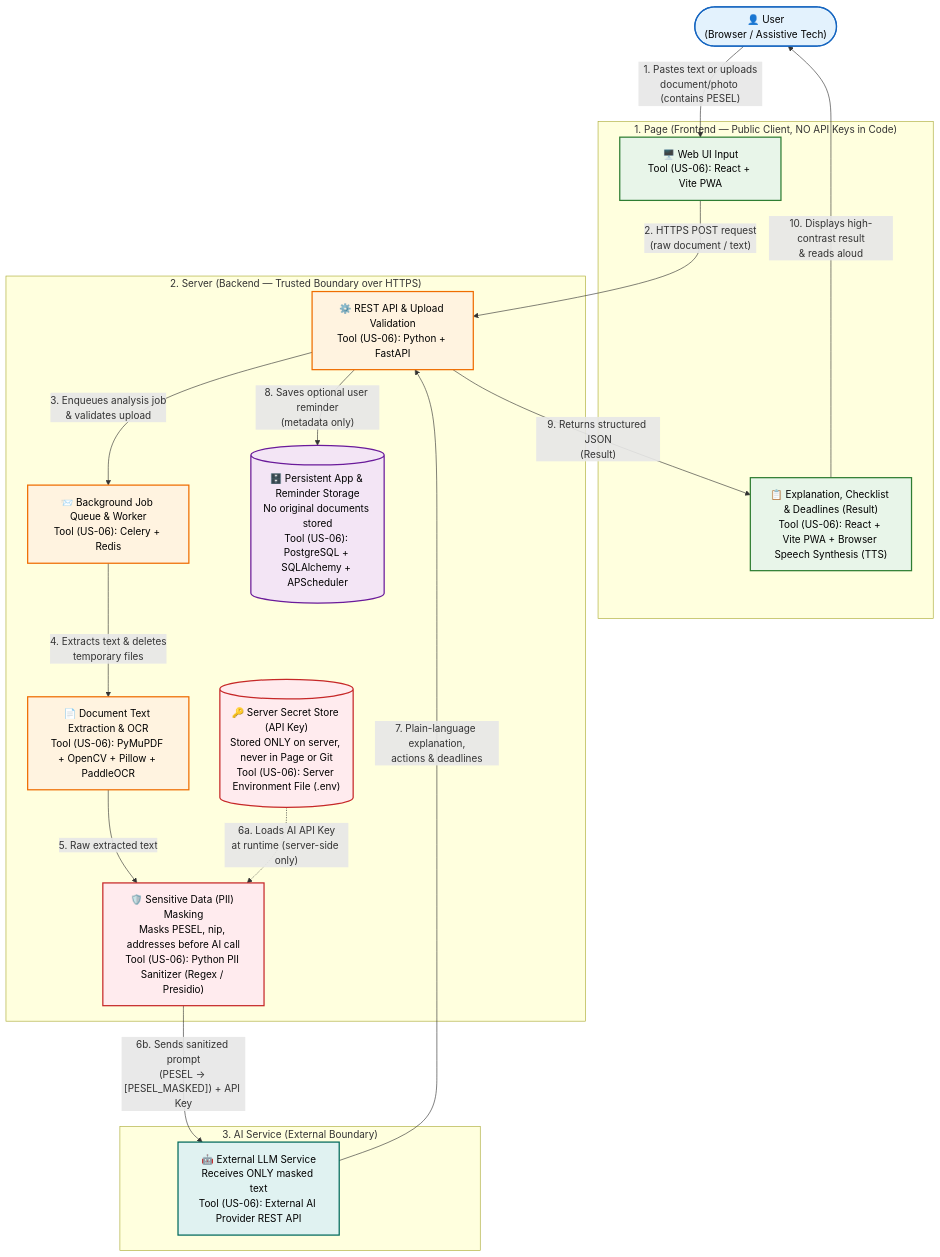
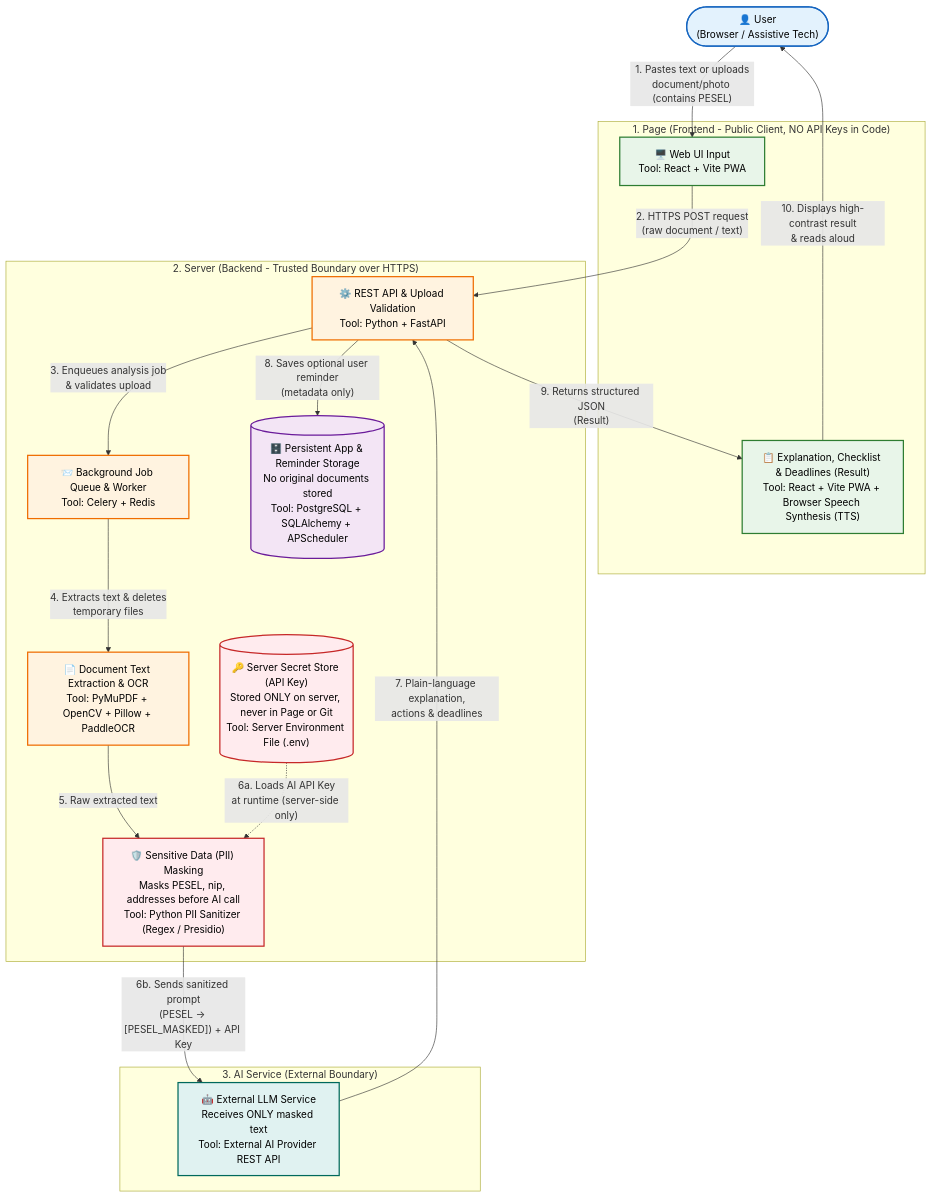
One commit to Wojtke7/metodyki_projektow_cbz changed the diagram in docs/architecture-plan.md. Above: the diagram before and after it, drawn with Mermaid. The commit also changed other lines of this file, not shown here.

Commit message:
Refine architecture plan formatting and details

````diff
--- a/docs/architecture-plan.md
+++ b/docs/architecture-plan.md
@@ -9,47 +9,47 @@
 ```mermaid
 flowchart TB
     %% Styling
     classDef userNode fill:#e3f2fd,stroke:#1565c0,stroke-width:2px,color:#000
     classDef pageNode fill:#e8f5e9,stroke:#2e7d32,stroke-width:2px,color:#000
     classDef serverNode fill:#fff3e0,stroke:#ef6c00,stroke-width:2px,color:#000
     classDef secNode fill:#ffebee,stroke:#c62828,stroke-width:2px,color:#000
     classDef dbNode fill:#f3e5f5,stroke:#6a1b9a,stroke-width:2px,color:#000
     classDef aiNode fill:#e0f2f1,stroke:#00695c,stroke-width:2px,color:#000
 
     %% 1. USER
     User(["👤 User<br/>(Browser / Assistive Tech)"]):::userNode
 
     %% 2. PAGE (FRONTEND)
-    subgraph Page ["1. Page (Frontend — Public Client, NO API Keys in Code)"]
-        PWA["🖥️ Web UI Input<br/>Tool (US-06): React + Vite PWA"]:::pageNode
-        ResultUI["📋 Explanation, Checklist & Deadlines (Result)<br/>Tool (US-06): React + Vite PWA + Browser Speech Synthesis (TTS)"]:::pageNode
+    subgraph Page ["1. Page (Frontend - Public Client, NO API Keys in Code)"]
+        PWA["🖥️ Web UI Input<br/>Tool: React + Vite PWA"]:::pageNode
+        ResultUI["📋 Explanation, Checklist & Deadlines (Result)<br/>Tool: React + Vite PWA + Browser Speech Synthesis (TTS)"]:::pageNode
     end
 
     %% 3. SERVER (BACKEND)
-    subgraph Server ["2. Server (Backend — Trusted Boundary over HTTPS)"]
-        API["⚙️ REST API & Upload Validation<br/>Tool (US-06): Python + FastAPI"]:::serverNode
-        Queue["📨 Background Job Queue & Worker<br/>Tool (US-06): Celery + Redis"]:::serverNode
-        Extraction["📄 Document Text Extraction & OCR<br/>Tool (US-06): PyMuPDF + OpenCV + Pillow + PaddleOCR"]:::serverNode
-        Masking["🛡️ Sensitive Data (PII) Masking<br/>Masks PESEL, nip, addresses before AI call<br/>Tool (US-06): Python PII Sanitizer (Regex / Presidio)"]:::secNode
-        EnvSecrets[("🔑 Server Secret Store (API Key)<br/>Stored ONLY on server, never in Page or Git<br/>Tool (US-06): Server Environment File (.env)")]:::secNode
-        DB[("🗄️ Persistent App & Reminder Storage<br/>No original documents stored<br/>Tool (US-06): PostgreSQL + SQLAlchemy + APScheduler")]:::dbNode
+    subgraph Server ["2. Server (Backend - Trusted Boundary over HTTPS)"]
+        API["⚙️ REST API & Upload Validation<br/>Tool: Python + FastAPI"]:::serverNode
+        Queue["📨 Background Job Queue & Worker<br/>Tool: Celery + Redis"]:::serverNode
+        Extraction["📄 Document Text Extraction & OCR<br/>Tool: PyMuPDF + OpenCV + Pillow + PaddleOCR"]:::serverNode
+        Masking["🛡️ Sensitive Data (PII) Masking<br/>Masks PESEL, nip, addresses before AI call<br/>Tool: Python PII Sanitizer (Regex / Presidio)"]:::secNode
+        EnvSecrets[("🔑 Server Secret Store (API Key)<br/>Stored ONLY on server, never in Page or Git<br/>Tool: Server Environment File (.env)")]:::secNode
+        DB[("🗄️ Persistent App & Reminder Storage<br/>No original documents stored<br/>Tool: PostgreSQL + SQLAlchemy + APScheduler")]:::dbNode
     end
 
     %% 4. AI (EXTERNAL PROVIDER)
     subgraph ExternalAI ["3. AI Service (External Boundary)"]
-        AI["🤖 External LLM Service<br/>Receives ONLY masked text<br/>Tool (US-06): External AI Provider REST API"]:::aiNode
+        AI["🤖 External LLM Service<br/>Receives ONLY masked text<br/>Tool: External AI Provider REST API"]:::aiNode
     end
 
     %% FLOW CONNECTIONS
     User -- "1. Pastes text or uploads<br/>document/photo (contains PESEL)" --> PWA
     PWA -- "2. HTTPS POST request<br/>(raw document / text)" --> API
     API -- "3. Enqueues analysis job<br/>& validates upload" --> Queue
     Queue -- "4. Extracts text & deletes<br/>temporary files" --> Extraction
     Extraction -- "5. Raw extracted text" --> Masking
     EnvSecrets -. "6a. Loads AI API Key<br/>at runtime (server-side only)" .-> Masking
     Masking -- "6b. Sends sanitized prompt<br/>(PESEL -> [PESEL_MASKED]) + API Key" --> AI
     AI -- "7. Plain-language explanation,<br/>actions & deadlines" --> API
     API -- "8. Saves optional user reminder<br/>(metadata only)" --> DB
     API -- "9. Returns structured JSON<br/>(Result)" --> ResultUI
     ResultUI -- "10. Displays high-contrast result<br/>& reads aloud" --> User
 ```
````
